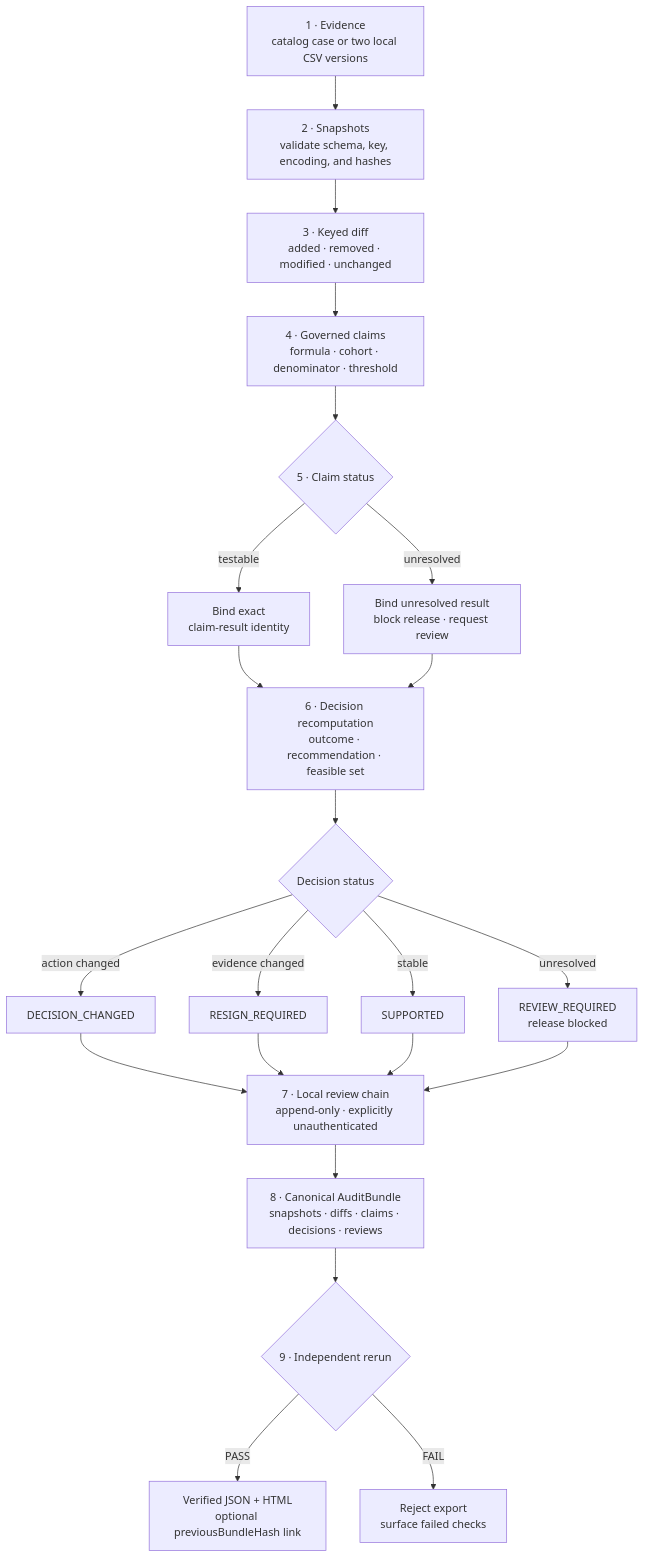
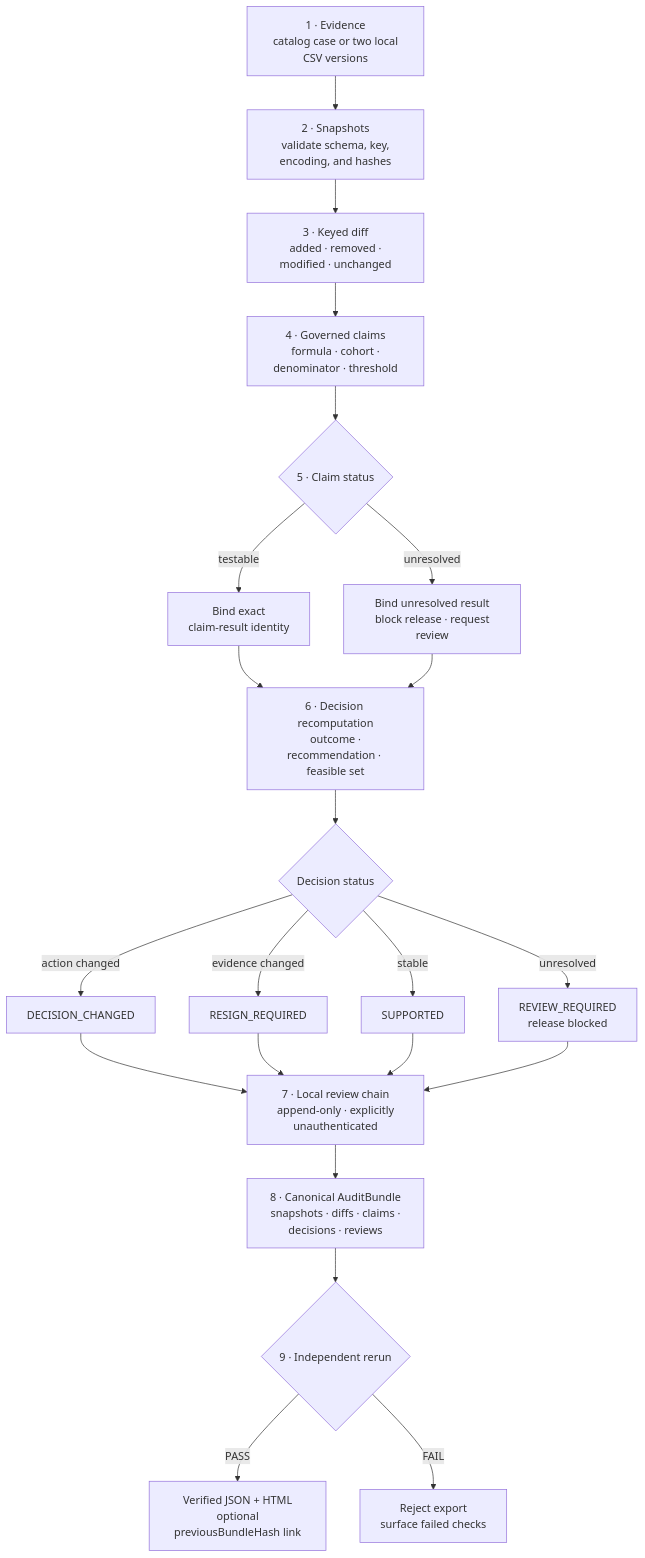
Before and after one commit to limingrui679-design/ClaimTrace: the diagram in README.md, drawn with Mermaid.

Commit message:
docs: preserve workflow label spacing

````diff
--- a/README.md
+++ b/README.md
@@ -82,24 +82,24 @@
 ```mermaid
 flowchart TD
-    A["1 · Evidence<br/>catalog case or two local CSV versions"] --> B["2 · Snapshots<br/>validate schema, key, encoding, and hashes"]
-    B --> C["3 · Keyed diff<br/>added · removed · modified · unchanged"]
-    C --> D["4 · Governed claims<br/>formula · cohort · denominator · threshold"]
+    A["1 · Evidence<br/> catalog case or two local CSV versions"] --> B["2 · Snapshots<br/> validate schema, key, encoding, and hashes"]
+    B --> C["3 · Keyed diff<br/> added · removed · modified · unchanged"]
+    C --> D["4 · Governed claims<br/> formula · cohort · denominator · threshold"]
     D --> E{"5 · Claim status"}
-    E -->|"testable"| F["Bind exact<br/>claim-result identity"]
-    E -->|"unresolved"| G["Bind unresolved result<br/>block release · request review"]
-    F --> H["6 · Decision recomputation<br/>outcome · recommendation · feasible set"]
+    E -->|"testable"| F["Bind exact<br/> claim-result identity"]
+    E -->|"unresolved"| G["Bind unresolved result<br/> block release · request review"]
+    F --> H["6 · Decision recomputation<br/> outcome · recommendation · feasible set"]
     G --> H
     H --> I{"Decision status"}
     I -->|"action changed"| J["DECISION_CHANGED"]
     I -->|"evidence changed"| K["RESIGN_REQUIRED"]
     I -->|"stable"| L["SUPPORTED"]
-    I -->|"unresolved"| R["REVIEW_REQUIRED<br/>release blocked"]
-    J --> M["7 · Local review chain<br/>append-only · explicitly unauthenticated"]
+    I -->|"unresolved"| R["REVIEW_REQUIRED<br/> release blocked"]
+    J --> M["7 · Local review chain<br/> append-only · explicitly unauthenticated"]
     K --> M
     L --> M
     R --> M
-    M --> N["8 · Canonical AuditBundle<br/>snapshots · diffs · claims · decisions · reviews"]
+    M --> N["8 · Canonical AuditBundle<br/> snapshots · diffs · claims · decisions · reviews"]
     N --> O{"9 · Independent rerun"}
-    O -->|"PASS"| P["Verified JSON + HTML<br/>optional previousBundleHash link"]
-    O -->|"FAIL"| Q["Reject export<br/>surface failed checks"]
+    O -->|"PASS"| P["Verified JSON + HTML<br/> optional previousBundleHash link"]
+    O -->|"FAIL"| Q["Reject export<br/> surface failed checks"]
 ```
````
